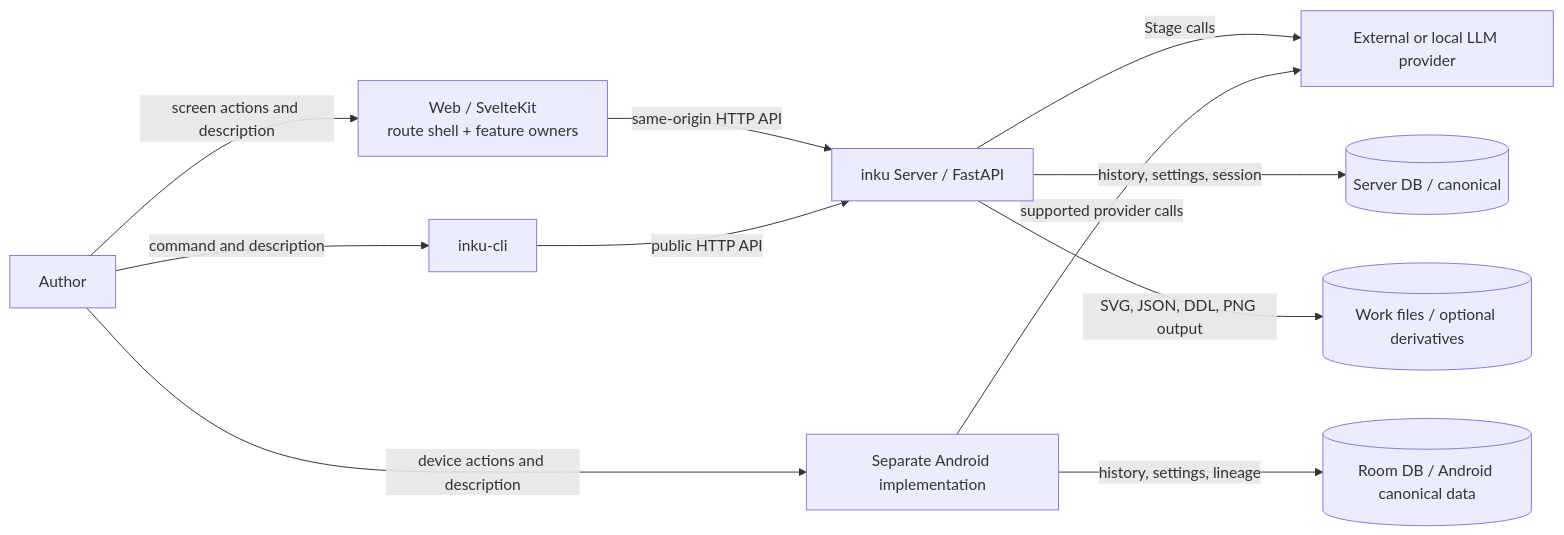
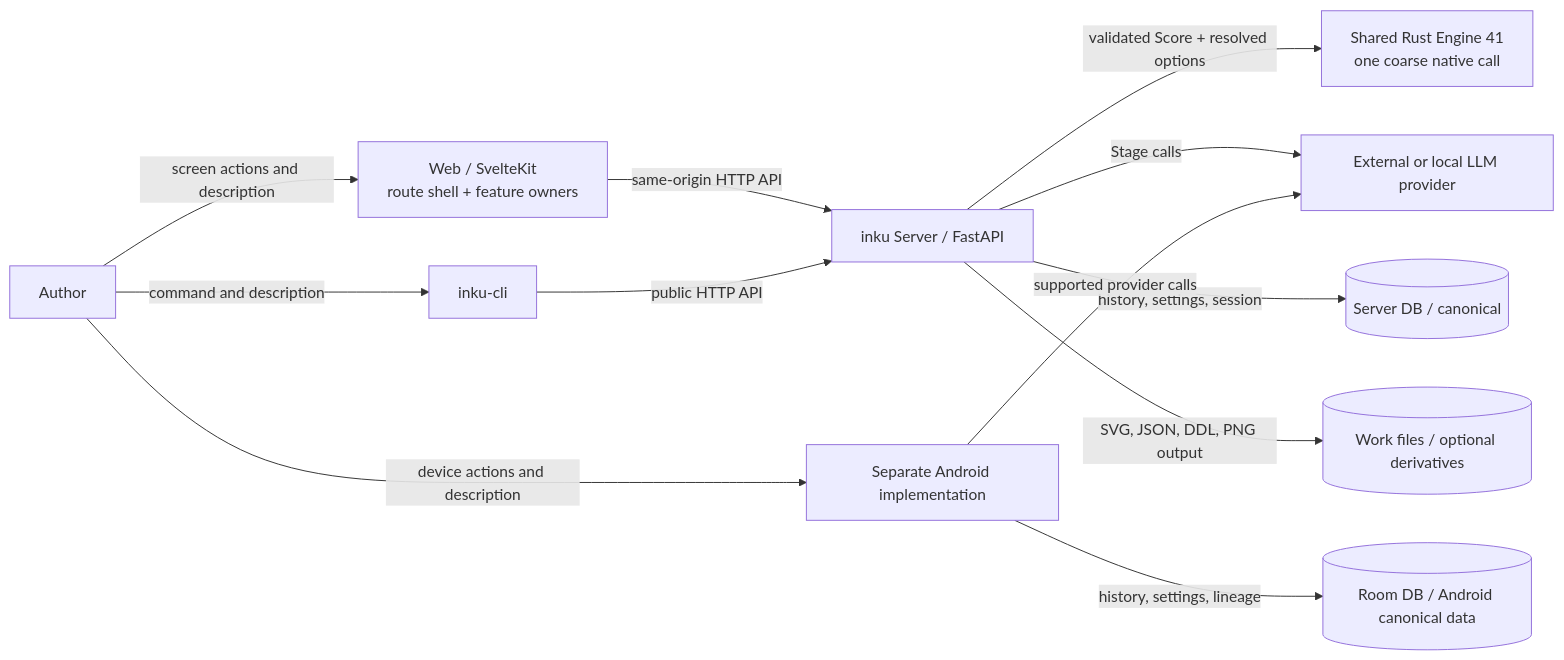
One commit to oikawas/inku-lang changed the diagram in docs/architecture/system-context.md. Above: the diagram before and after it, drawn with Mermaid. The commit also changed other lines of this file and 15 other files, not shown here.

Commit message:
docs: align web and Rust architecture

````diff
--- a/docs/architecture/system-context.md
+++ b/docs/architecture/system-context.md
@@ -5,23 +5,25 @@
 ```mermaid
 flowchart LR
     SYS_USER["Author"]
     SYS_WEB["Web / SvelteKit\nroute shell + feature owners"]
     SYS_CLI["inku-cli"]
     SYS_ANDROID["Separate Android implementation"]
     SYS_API["inku Server / FastAPI"]
+    SYS_CORE["Shared Rust Engine 41\none coarse native call"]
     SYS_LLM["External or local LLM provider"]
     SYS_DB[("Server DB / canonical")]
     SYS_FILES[("Work files / optional derivatives")]
     ANDROID_DB[("Room DB / Android canonical data")]
 
     SYS_USER -->|"screen actions and description"| SYS_WEB
     SYS_USER -->|"command and description"| SYS_CLI
     SYS_USER -->|"device actions and description"| SYS_ANDROID
     SYS_WEB -->|"same-origin HTTP API"| SYS_API
     SYS_CLI -->|"public HTTP API"| SYS_API
+    SYS_API -->|"validated Score + resolved options"| SYS_CORE
     SYS_API -->|"Stage calls"| SYS_LLM
     SYS_API -->|"history, settings, session"| SYS_DB
     SYS_API -->|"SVG, JSON, DDL, PNG output"| SYS_FILES
     SYS_ANDROID -->|"supported provider calls"| SYS_LLM
     SYS_ANDROID -->|"history, settings, lineage"| ANDROID_DB
 ```
````
